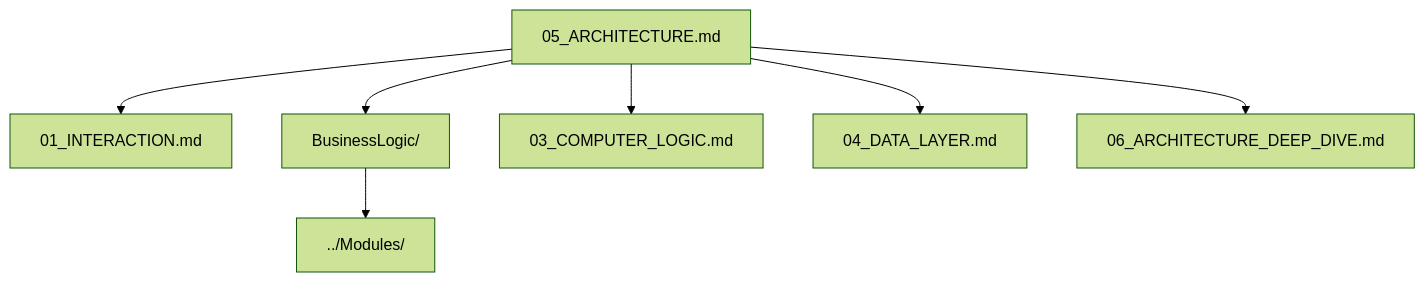
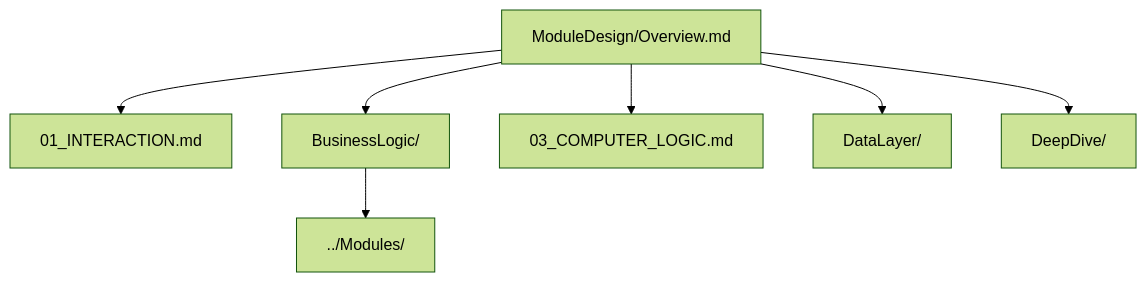
One commit to waynewangyuxuan/Inxtone changed the diagram in Meta/Architecture/Meta.md. Above: the diagram before and after it, drawn with Mermaid (forest theme). The commit also changed other lines of this file and 31 other files, not shown here.

First line of the commit message:
docs(architecture): split large docs into focused folders

````diff
--- a/Meta/Architecture/Meta.md
+++ b/Meta/Architecture/Meta.md
@@ -32,9 +32,9 @@
 ```mermaid
 graph TD
-    A[05_ARCHITECTURE.md] --> B[01_INTERACTION.md]
+    A[ModuleDesign/Overview.md] --> B[01_INTERACTION.md]
     A --> C[BusinessLogic/]
     A --> D[03_COMPUTER_LOGIC.md]
-    A --> E[04_DATA_LAYER.md]
-    A --> F[06_ARCHITECTURE_DEEP_DIVE.md]
+    A --> E[DataLayer/]
+    A --> F[DeepDive/]
     C --> G[../Modules/]
 ```
````
